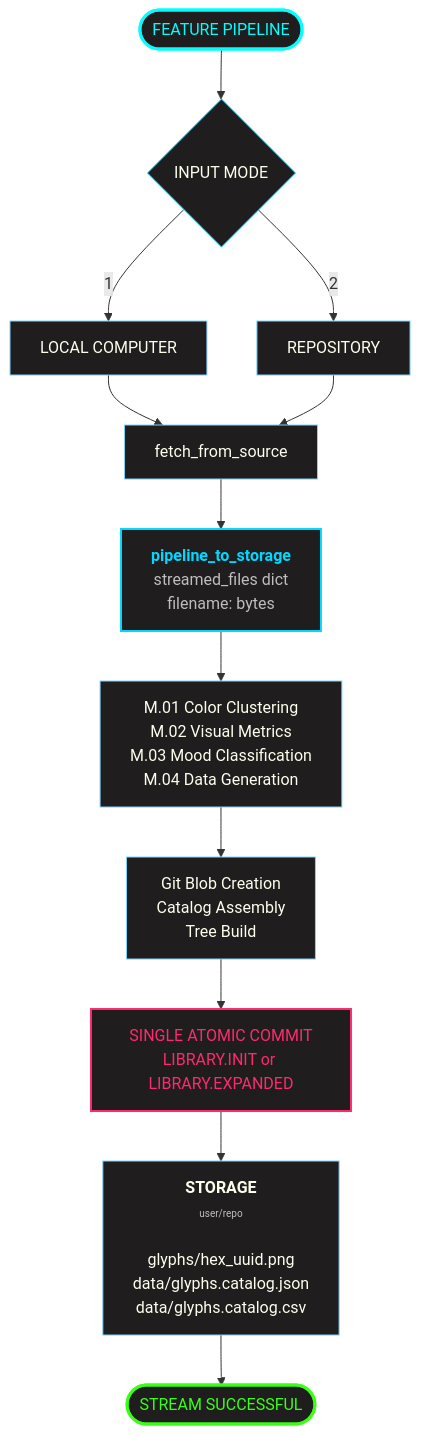
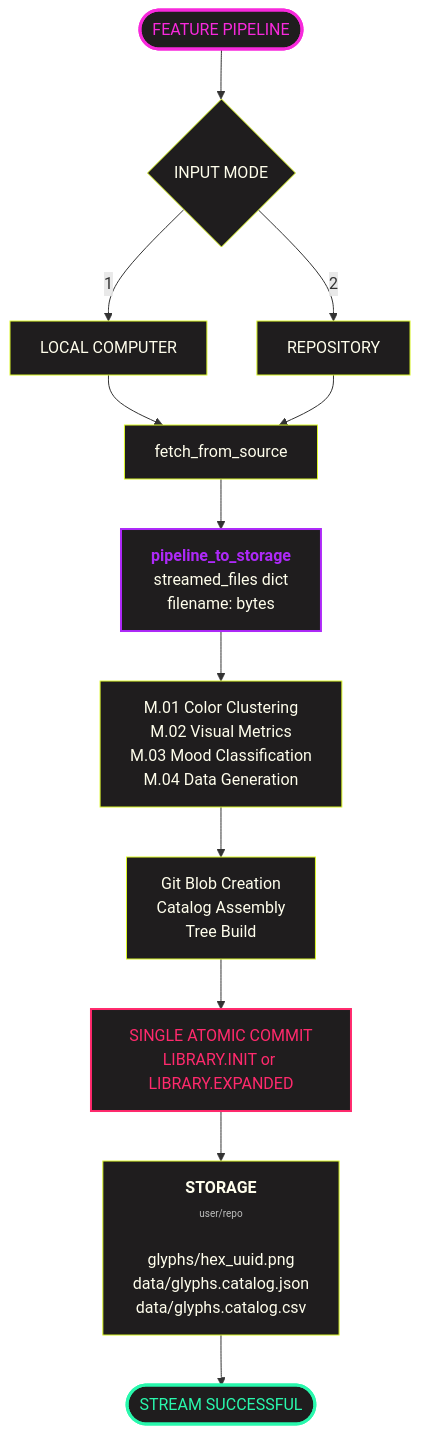
One commit to dduyg/sandbox changed the second of 2 diagrams in README.md. Above: the diagram before and after it, drawn with Mermaid.

````diff
--- a/README.md
+++ b/README.md
@@ -96,34 +96,34 @@
 ```mermaid
 flowchart TD
     Start([FEATURE PIPELINE]) --> InputMode{INPUT MODE}
     
     InputMode -->|1| Local["LOCAL COMPUTER"]
     InputMode -->|2| Remote["REPOSITORY"]
     
     Local --> Fetch["fetch_from_source"]
     Remote --> Fetch
     
-    Fetch --> Pipeline["<b>pipeline_to_storage</b><br/><span style='color:#BDBEBD'>streamed_files dict<br/>filename: bytes</span>"]
+    Fetch --> Pipeline["<b>pipeline_to_storage</b><br/><span style='color:#FFFEEC'>streamed_files dict<br/>filename: bytes</span>"]
     
     Pipeline --> Processing["M.01 Color Clustering<br/>M.02 Visual Metrics<br/>M.03 Mood Classification<br/>M.04 Data Generation"]
     
     Processing --> GitOps["Git Blob Creation<br/>Catalog Assembly<br/>Tree Build"]
     
     GitOps --> Commit[SINGLE ATOMIC COMMIT<br/>LIBRARY.INIT or LIBRARY.EXPANDED]
     
     Commit --> Storage["<b>STORAGE</b><br/><span style='font-size:10px; color:#BDBEBD'>user/repo</span><br/><br/><span style='color:#FFFEEC'>glyphs/hex_uuid.png<br/>data/glyphs.catalog.json<br/>data/glyphs.catalog.csv</span>"]
     
     Storage --> Success([STREAM SUCCESSFUL])
     
-    style Start fill:#1F1D1E,stroke:#0ff,stroke-width:3px,color:#0ff
-    style Pipeline fill:#1F1D1E,stroke:#00d9ff,stroke-width:2px,color:#00d9ff
+    style Start fill:#1F1D1E,stroke:#F829DC,stroke-width:3px,color:#F829DC
+    style Pipeline fill:#1F1D1E,stroke:#AD29F8,stroke-width:2px,color:#AD29F8
     style Commit fill:#1F1D1E,stroke:#ff2a6d,stroke-width:2px,color:#ff2a6d
-    style Success fill:#1F1D1E,stroke:#39ff14,stroke-width:3px,color:#39ff14
-    style Processing fill:#1F1D1E,stroke:#7dd3fc,stroke-width:1px,color:#FFFEEC
-    style GitOps fill:#1F1D1E,stroke:#7dd3fc,stroke-width:1px,color:#FFFEEC
-    style Storage fill:#1F1D1E,stroke:#7dd3fc,stroke-width:1px,color:#FFFEEC
-    style InputMode fill:#1F1D1E,stroke:#00d9ff,stroke-width:1px,color:#FFFEEC
-    style Local fill:#1F1D1E,stroke:#7dd3fc,stroke-width:1px,color:#FFFEEC
-    style Remote fill:#1F1D1E,stroke:#7dd3fc,stroke-width:1px,color:#FFFEEC
-    style Fetch fill:#1F1D1E,stroke:#7dd3fc,stroke-width:1px,color:#FFFEEC
+    style Success fill:#1F1D1E,stroke:#29F8AD,stroke-width:3px,color:#29F8AD
+    style Processing fill:#1F1D1E,stroke:#DCF829,stroke-width:1px,color:#FFFEEC
+    style GitOps fill:#1F1D1E,stroke:#DCF829,stroke-width:1px,color:#FFFEEC
+    style Storage fill:#1F1D1E,stroke:#DCF829,stroke-width:1px,color:#FFFEEC
+    style InputMode fill:#1F1D1E,stroke:#DCF829,stroke-width:1px,color:#FFFEEC
+    style Local fill:#1F1D1E,stroke:#DCF829,stroke-width:1px,color:#FFFEEC
+    style Remote fill:#1F1D1E,stroke:#DCF829,stroke-width:1px,color:#FFFEEC
+    style Fetch fill:#1F1D1E,stroke:#DCF829,stroke-width:1px,color:#FFFEEC
 ```
````
